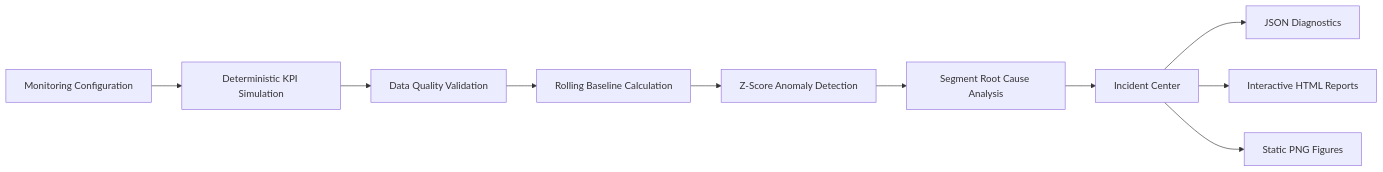
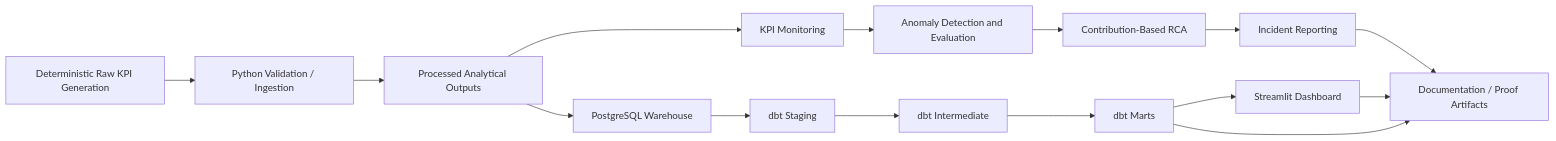
The diagram in README.md (Kartz82/kpi-anomaly-diagnostics), drawn with Mermaid before and after one commit. The commit also changed other lines of this file and 87 other files, not shown here.

````diff
--- a/README.md
+++ b/README.md
@@ -10,12 +42,17 @@
 ```mermaid
 flowchart LR
-    A[Monitoring Configuration] --> B[Deterministic KPI Simulation]
-    B --> C[Data Quality Validation]
-    C --> D[Rolling Baseline Calculation]
-    D --> E[Z-Score Anomaly Detection]
-    E --> F[Segment Root Cause Analysis]
-    F --> G[Incident Center]
-    G --> H[JSON Diagnostics]
-    G --> I[Interactive HTML Reports]
-    G --> J[Static PNG Figures]
+    A[Deterministic Raw KPI Generation] --> B[Python Validation / Ingestion]
+    B --> C[Processed Analytical Outputs]
+    C --> D[KPI Monitoring]
+    D --> E[Anomaly Detection and Evaluation]
+    E --> F[Contribution-Based RCA]
+    F --> G[Incident Reporting]
+    C --> H[PostgreSQL Warehouse]
+    H --> I[dbt Staging]
+    I --> J[dbt Intermediate]
+    J --> K[dbt Marts]
+    K --> L[Streamlit Dashboard]
+    G --> M[Documentation / Proof Artifacts]
+    L --> M
+    K --> M
 ```
````
